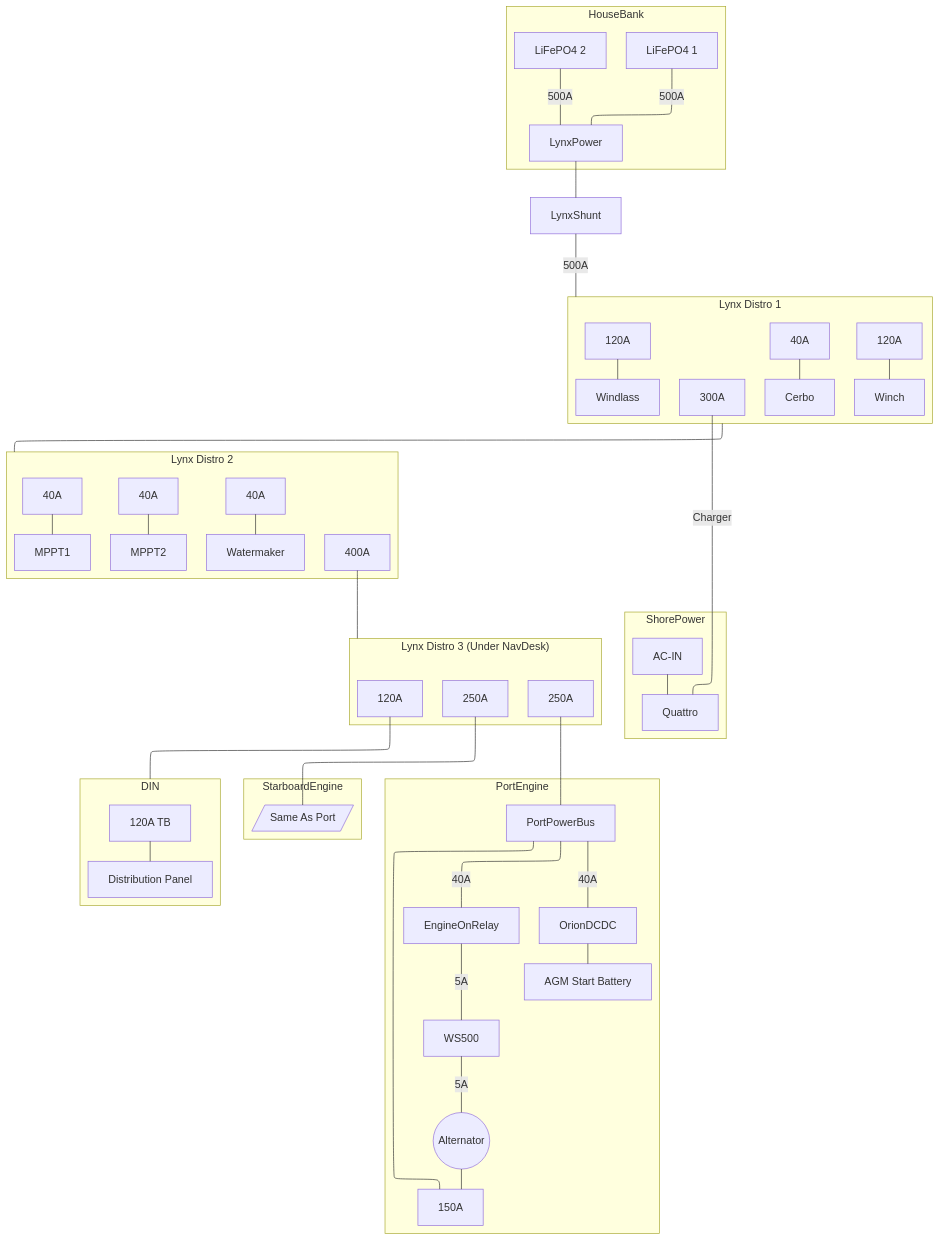
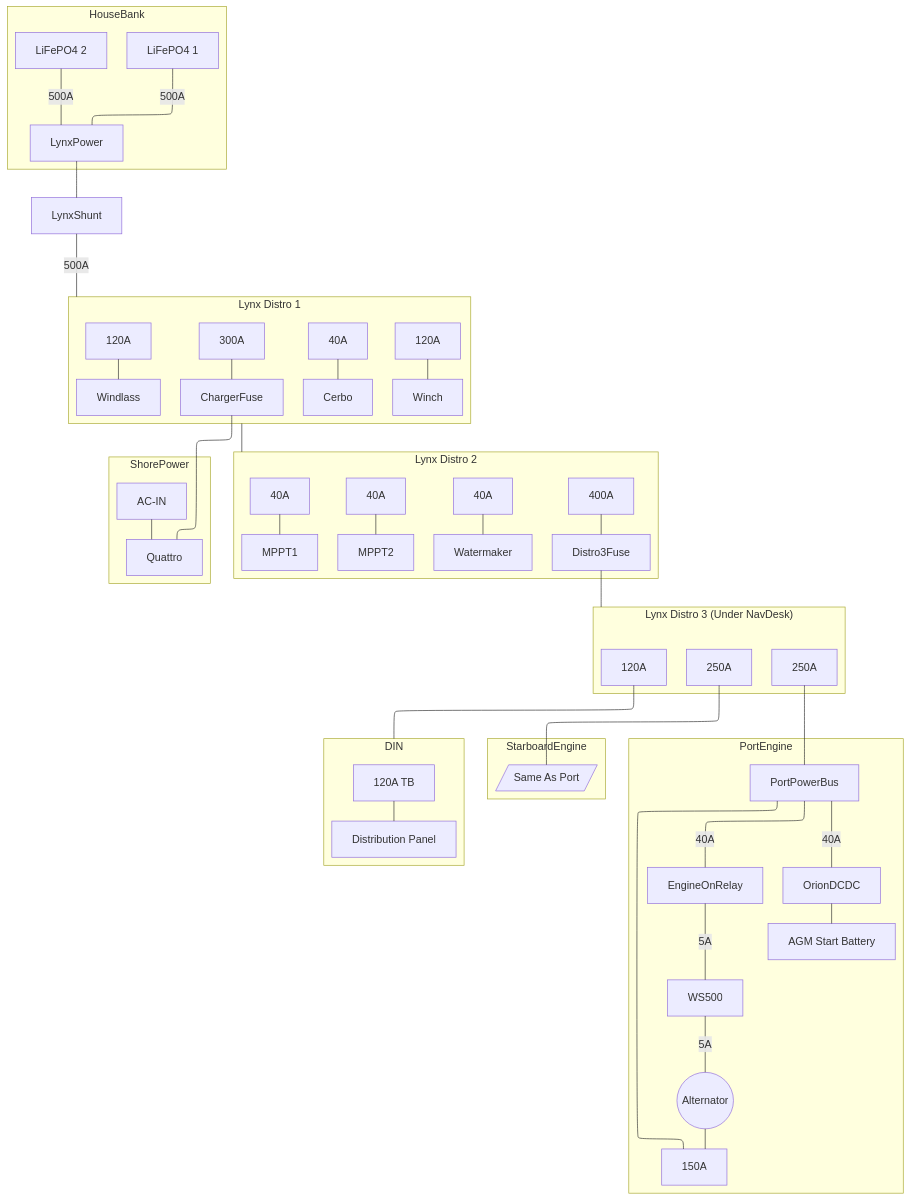
One commit to dcoon/svharmony changed the diagram in owners_manual/PowerDistribution.md. Above: the diagram before and after it, drawn with Mermaid. The commit also changed 1 other file, not shown here.

Commit message:
vault backup: 2023-12-30 08:31:08

```diff
--- a/owners_manual/PowerDistribution.md
+++ b/owners_manual/PowerDistribution.md
@@ -20,7 +20,7 @@
   
   Fuse1-3[120A] --- Winch
   
-  Fuse1-4[300A]
+  Fuse1-4[300A] --- ChargerFuse
   
   end
   
@@ -32,7 +32,7 @@
   
   Fuse2-3[40A] --- Watermaker
   
-  Fuse2-4[400A]
+  Fuse2-4[400A] --- Distro3Fuse
   
   end
   
@@ -42,7 +42,7 @@
   
   end
   
-  Fuse1-4 ---|Charger| Quattro
+  ChargerFuse --- Quattro
   
   subgraph DistroNavDesk["Lynx Distro 3 (Under NavDesk)"]
   
@@ -54,7 +54,7 @@
   
   end
   
-  Fuse2-4 --- DistroNavDesk
+  Distro3Fuse --- DistroNavDesk
   
   subgraph PortEngine
   
```
